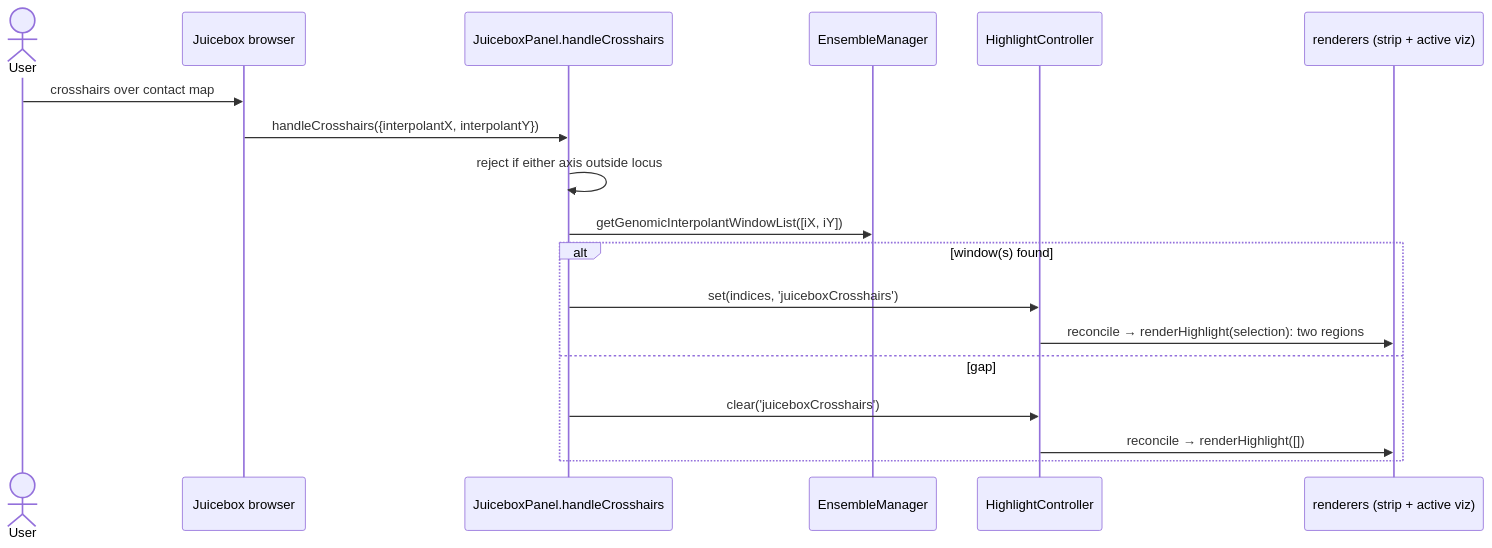
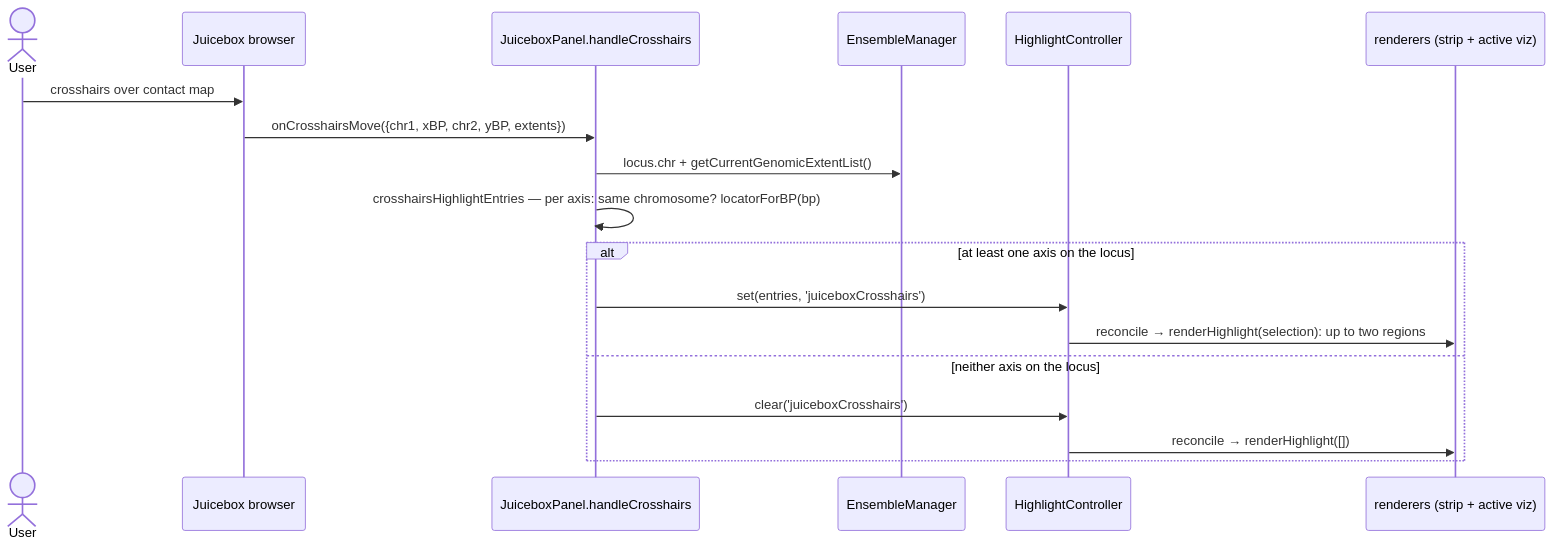
One commit to aidenlab/spacewalk changed the fifth of 7 diagrams in development-notes/highlighting-participant-map.md. Above: the diagram before and after it, drawn with Mermaid. The commit also changed other lines of this file and 7 other files, not shown here.

First line of the commit message:
Drive the 3D highlight from juicebox's crosshair callbacks (#98)

````diff
--- a/development-notes/highlighting-participant-map.md
+++ b/development-notes/highlighting-participant-map.md
@@ -268,21 +268,21 @@
 ```mermaid
 %%{init: {'themeVariables': {'fontSize': '16px', 'fontFamily': 'arial'}}}%%
 sequenceDiagram
     actor U as User
     participant JB as Juicebox browser
     participant JP as JuiceboxPanel.handleCrosshairs
     participant EM as EnsembleManager
     participant HC as HighlightController
     participant R as renderers (strip + active viz)
     U->>JB: crosshairs over contact map
-    JB->>JP: handleCrosshairs({interpolantX, interpolantY})
-    JP->>JP: reject if either axis outside locus
-    JP->>EM: getGenomicInterpolantWindowList([iX, iY])
-    alt window(s) found
-        JP->>HC: set(indices, 'juiceboxCrosshairs')
-        HC->>R: reconcile → renderHighlight(selection): two regions
-    else gap
+    JB->>JP: onCrosshairsMove({chr1, xBP, chr2, yBP, extents})
+    JP->>EM: locus.chr + getCurrentGenomicExtentList()
+    JP->>JP: crosshairsHighlightEntries — per axis: same chromosome? locatorForBP(bp)
+    alt at least one axis on the locus
+        JP->>HC: set(entries, 'juiceboxCrosshairs')
+        HC->>R: reconcile → renderHighlight(selection): up to two regions
+    else neither axis on the locus
         JP->>HC: clear('juiceboxCrosshairs')
         HC->>R: reconcile → renderHighlight([])
     end
 ```
````
